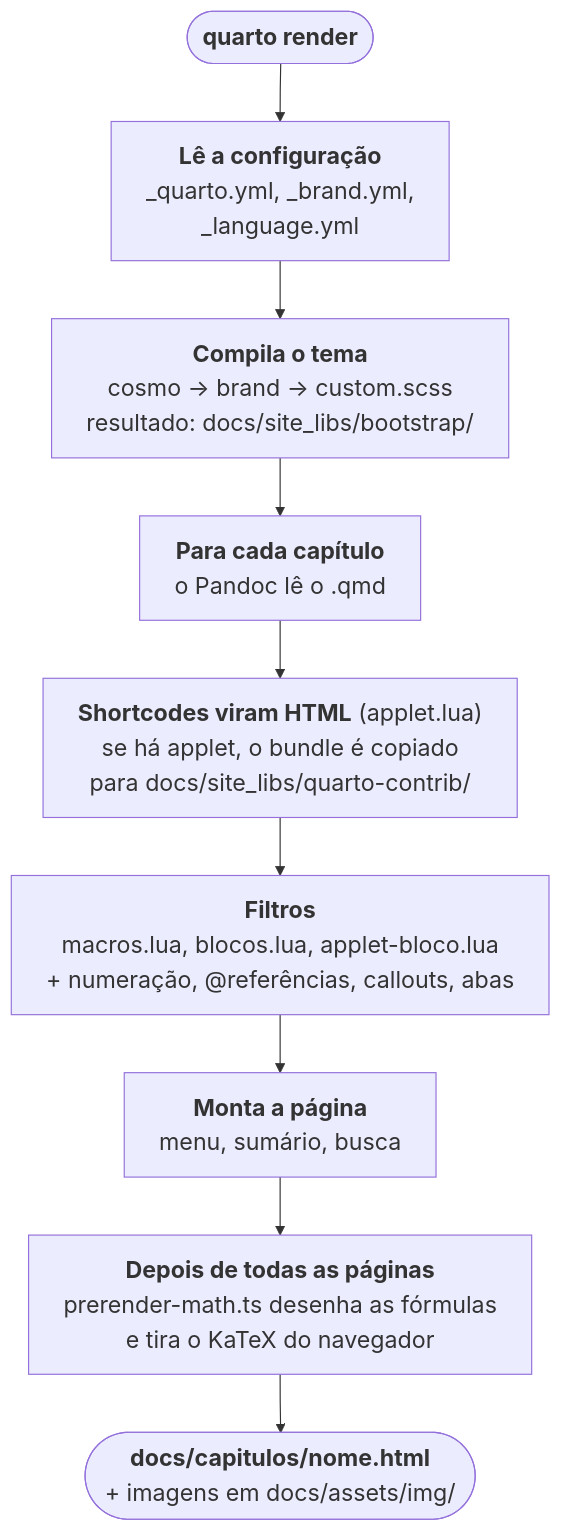
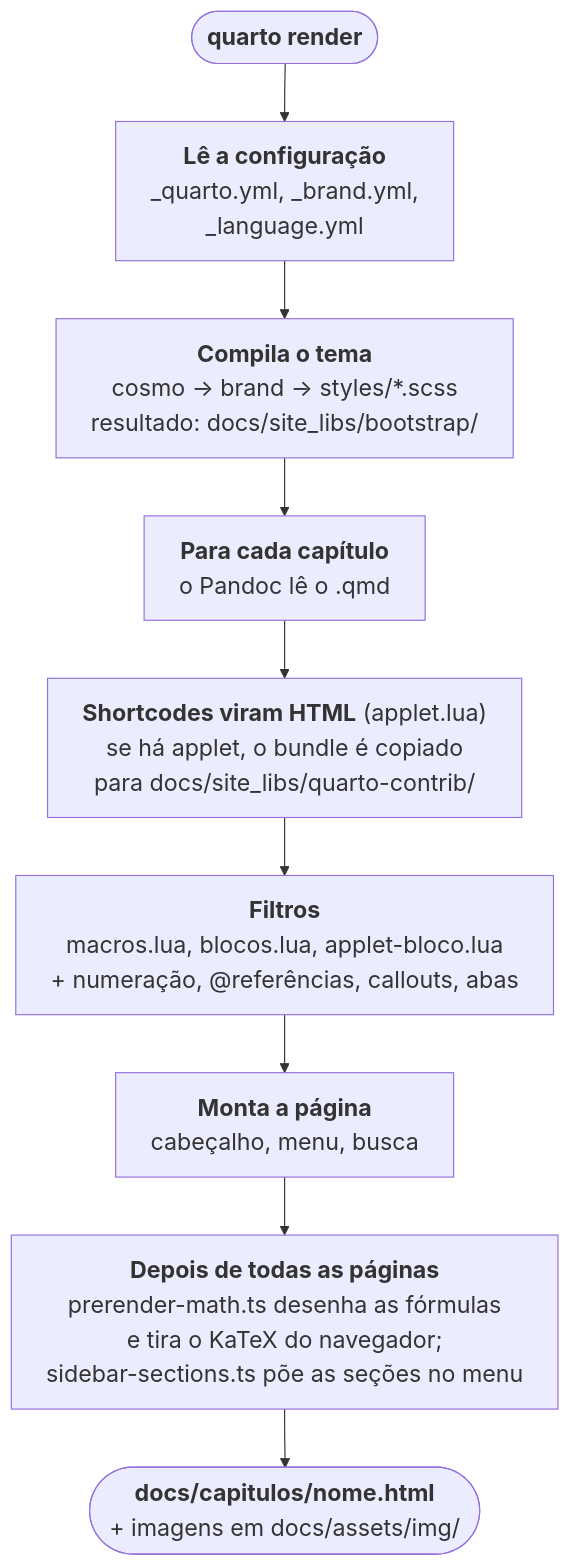
The sixth of 9 diagrams in _interno/diretrizes/arquitetura.md (lcmerlo/livro-online-fcg), drawn with Mermaid before and after one commit. The commit also changed other lines of this file and 6 other files, not shown here.

````diff
--- a/_interno/diretrizes/arquitetura.md
+++ b/_interno/diretrizes/arquitetura.md
@@ -371,15 +395,15 @@
 ```mermaid
 %%{init: {"themeVariables": {"fontSize": "20px"}, "flowchart": {"wrappingWidth": 420}}}%%
 flowchart TD
     start(["<b>quarto render</b>"])
     cfg["<b>Lê a configuração</b><br/>_quarto.yml, _brand.yml,<br/>_language.yml"]
-    theme["<b>Compila o tema</b><br/>cosmo → brand → custom.scss<br/>resultado: docs/site_libs/bootstrap/"]
+    theme["<b>Compila o tema</b><br/>cosmo → brand → styles/*.scss<br/>resultado: docs/site_libs/bootstrap/"]
     parse["<b>Para cada capítulo</b><br/>o Pandoc lê o .qmd"]
     sc["<b>Shortcodes viram HTML</b> (applet.lua)<br/>se há applet, o bundle é copiado<br/>para docs/site_libs/quarto-contrib/"]
     flt["<b>Filtros</b><br/>macros.lua, blocos.lua, applet-bloco.lua<br/>+ numeração, @referências, callouts, abas"]
-    html["<b>Monta a página</b><br/>menu, sumário, busca"]
-    pre["<b>Depois de todas as páginas</b><br/>prerender-math.ts desenha as fórmulas<br/>e tira o KaTeX do navegador"]
+    html["<b>Monta a página</b><br/>cabeçalho, menu, busca"]
+    pre["<b>Depois de todas as páginas</b><br/>prerender-math.ts desenha as fórmulas<br/>e tira o KaTeX do navegador;<br/>sidebar-sections.ts põe as seções no menu"]
     out(["<b>docs/capitulos/nome.html</b><br/>+ imagens em docs/assets/img/"])
 
     start --> cfg --> theme --> parse --> sc --> flt --> html --> pre --> out
 ```
````
